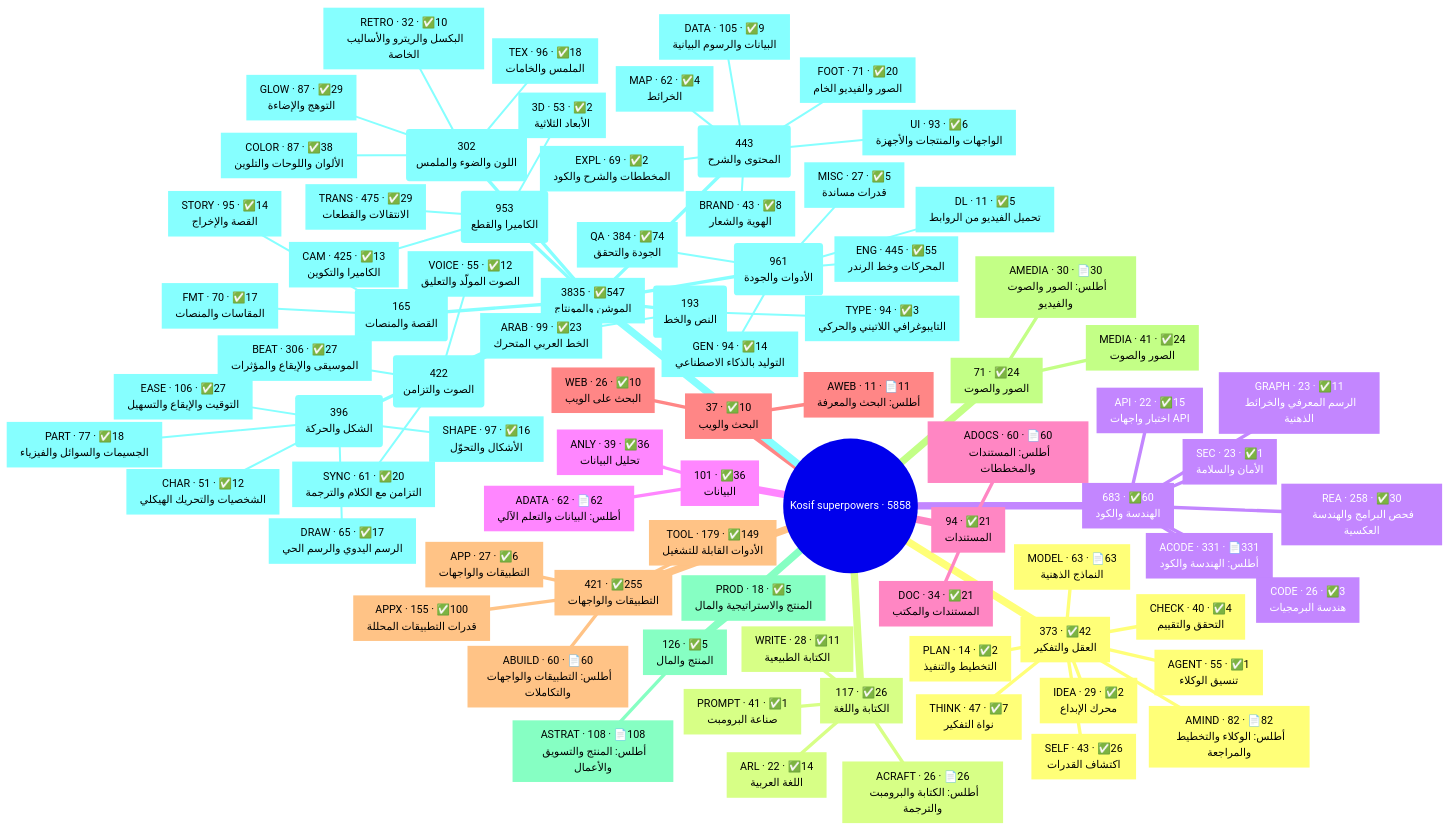
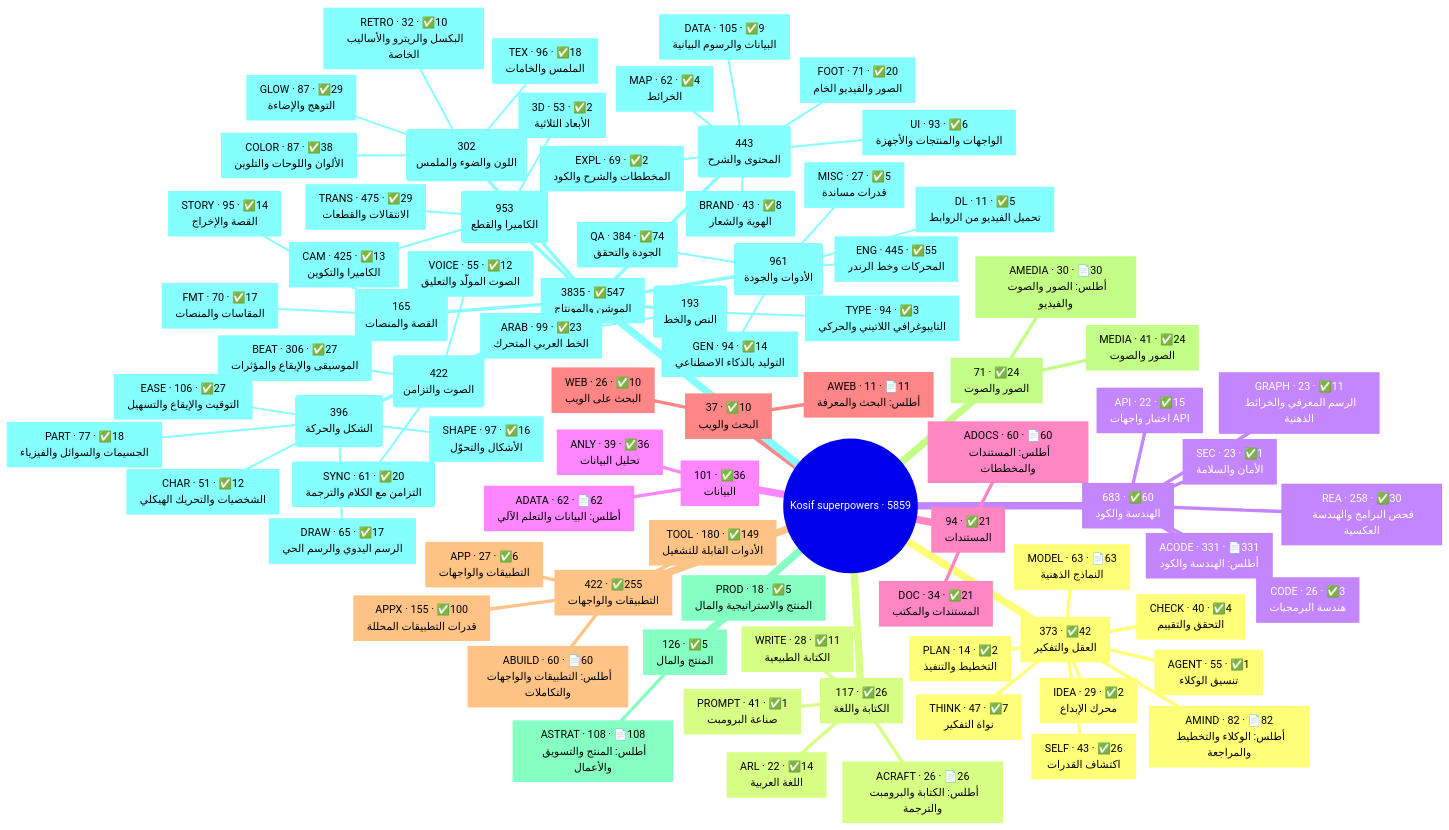
The first of 2 diagrams in .claude/skills/kosif-superpowers/references/capability-map.md (kosif199022-jpg/kosif-tool), drawn with Mermaid before and after one commit. The commit also changed other lines of this file and 39 other files, not shown here.

````diff
--- a/.claude/skills/kosif-superpowers/references/capability-map.md
+++ b/.claude/skills/kosif-superpowers/references/capability-map.md
@@ -18,6 +18,6 @@
 ```mermaid
 mindmap
-  root((Kosif superpowers · 5858))
+  root((Kosif superpowers · 5859))
     n1["`373 · ✅42
 العقل والتفكير`"]
       n2["`AMIND · 82 · 📄82
@@ -78,9 +78,9 @@
 البحث على الويب`"]
       n30["`AWEB · 11 · 📄11
 أطلس: البحث والمعرفة`"]
-    n31["`421 · ✅255
+    n31["`422 · ✅255
 التطبيقات والواجهات`"]
-      n32["`TOOL · 179 · ✅149
+      n32["`TOOL · 180 · ✅149
 الأدوات القابلة للتشغيل`"]
       n33["`APPX · 155 · ✅100
 قدرات التطبيقات المحللة`"]
````
